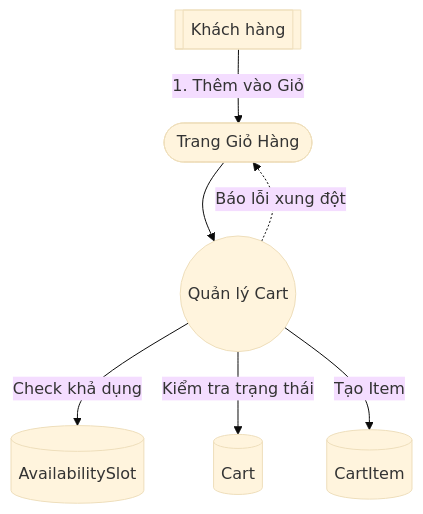
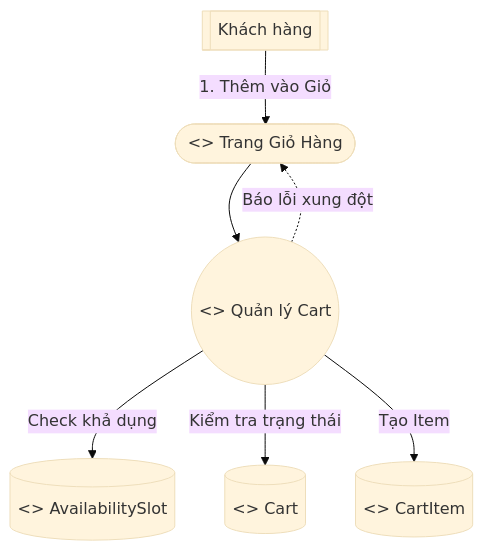
Before and after one commit to qhun22/qq: the fourth of 10 diagrams in README.md, drawn with Mermaid (base theme). The commit also changed other lines of this file, not shown here.

````diff
--- a/README.md
+++ b/README.md
@@ -132,18 +184,18 @@
 ```mermaid
 flowchart TD
   A_CUS[[Khách hàng]]
   
-  B_CART([Trang Giỏ Hàng])
-  C_MAN_CART((Quản lý Cart))
+  B_CART([<<boundary>> Trang Giỏ Hàng])
+  C_MAN_CART((<<control>> Quản lý Cart))
   
-  E_CART[(Cart)]
-  E_CART_ITEM[(CartItem)]
-  E_SLOT[(AvailabilitySlot)]
+  E_CART[(<<entity>> Cart)]
+  E_CART_ITEM[(<<entity>> CartItem)]
+  E_SLOT[(<<entity>> AvailabilitySlot)]
 
   A_CUS -->|1. Thêm vào Giỏ| B_CART
   B_CART --> C_MAN_CART
   C_MAN_CART -->|Check khả dụng| E_SLOT
   C_MAN_CART -->|Kiểm tra trạng thái| E_CART
   C_MAN_CART -->|Tạo Item| E_CART_ITEM
   C_MAN_CART -.->|Báo lỗi xung đột| B_CART
 ```
````
